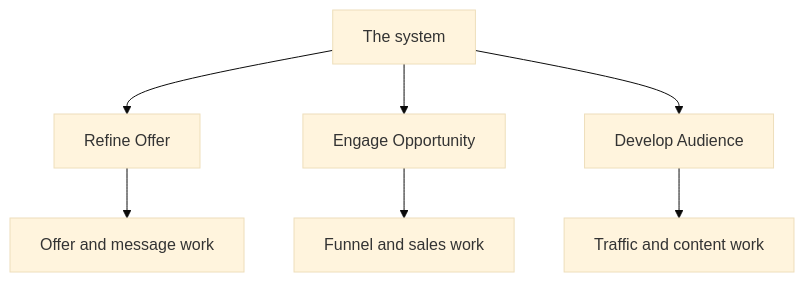
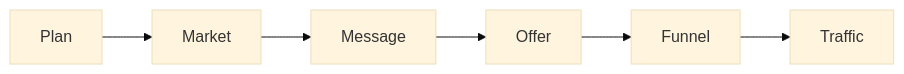
Before and after one commit to redrhino-online/red-canon: the ninth of 27 diagrams in README.md, drawn with Mermaid (base theme). The commit also changed other lines of this file, not shown here.

````diff
--- a/README.md
+++ b/README.md
@@ -126,9 +142,5 @@
 ```mermaid
-flowchart TD
-    A[The system] --> B[Refine Offer]
-    A --> C[Engage Opportunity]
-    A --> D[Develop Audience]
-    B --> E[Offer and message work]
-    C --> F[Funnel and sales work]
-    D --> G[Traffic and content work]
+flowchart LR
+    A[Plan] --> B[Market] --> C[Message]
+    C --> D[Offer] --> E[Funnel] --> F[Traffic]
 ```
````
